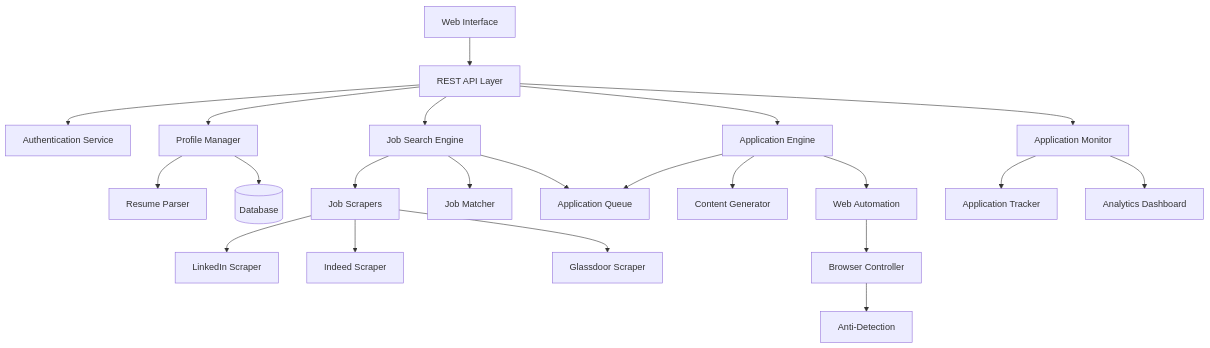
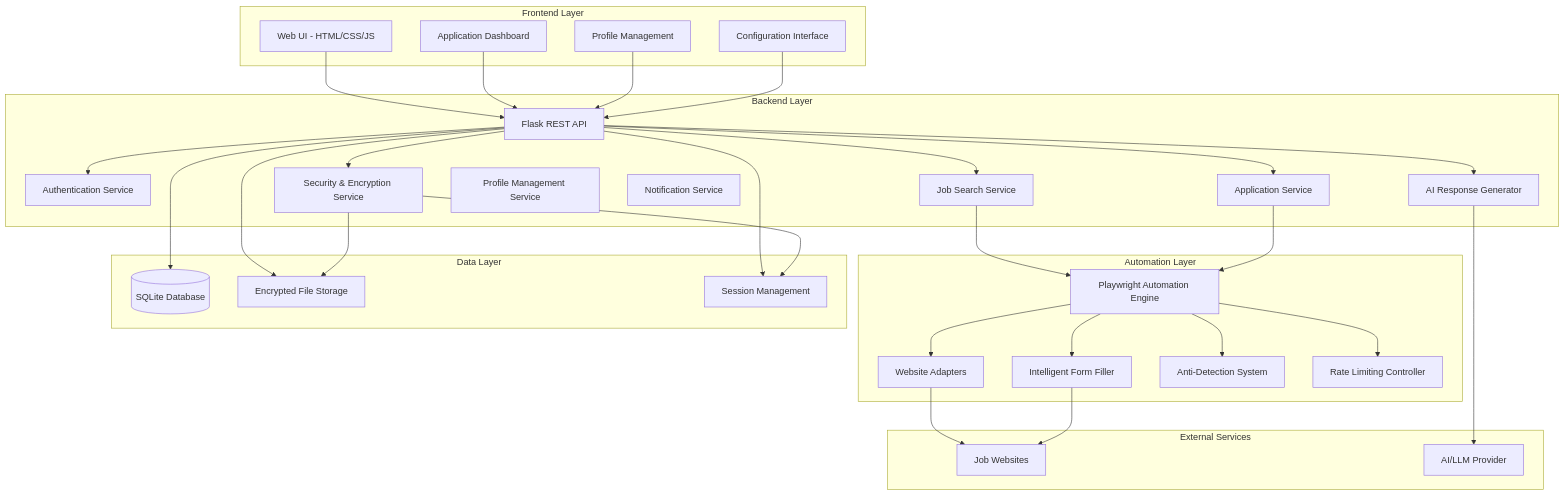
The diagram in .kiro/specs/job-application-agent/design.md (sumanth-web-dev/projects), drawn with Mermaid before and after one commit. The commit also changed other lines of this file and 1799 other files, not shown here.

````diff
--- a/.kiro/specs/job-application-agent/design.md
+++ b/.kiro/specs/job-application-agent/design.md
@@ -11,30 +11,69 @@
 ```mermaid
 graph TB
-    UI[Web Interface] --> API[REST API Layer]
-    API --> Auth[Authentication Service]
-    API --> Profile[Profile Manager]
-    API --> JobEngine[Job Search Engine]
-    API --> AppEngine[Application Engine]
-    API --> Monitor[Application Monitor]
+    subgraph "Frontend Layer"
+        UI[Web UI - HTML/CSS/JS]
+        Dashboard[Application Dashboard]
+        Profile[Profile Management]
+        Config[Configuration Interface]
+    end
     
-    Profile --> ResumeParser[Resume Parser]
-    Profile --> DB[(Database)]
+    subgraph "Backend Layer"
+        API[Flask REST API]
+        Auth[Authentication Service]
+        JobService[Job Search Service]
+        AppService[Application Service]
+        AIService[AI Response Generator]
+        ProfileService[Profile Management Service]
+        NotificationService[Notification Service]
+        SecurityService[Security & Encryption Service]
+    end
     
-    JobEngine --> Scrapers[Job Scrapers]
-    JobEngine --> Matcher[Job Matcher]
-    JobEngine --> Queue[Application Queue]
+    subgraph "Automation Layer"
+        PlaywrightEngine[Playwright Automation Engine]
+        SiteAdapters[Website Adapters]
+        FormFiller[Intelligent Form Filler]
+        AntiDetection[Anti-Detection System]
+        RateLimiter[Rate Limiting Controller]
+    end
     
-    AppEngine --> Generator[Content Generator]
-    AppEngine --> WebAuto[Web Automation]
-    AppEngine --> Queue
+    subgraph "Data Layer"
+        DB[(SQLite Database)]
+        FileStorage[Encrypted File Storage]
+        SessionStore[Session Management]
+    end
     
-    Scrapers --> LinkedIn[LinkedIn Scraper]
-    Scrapers --> Indeed[Indeed Scraper]
-    Scrapers --> Glassdoor[Glassdoor Scraper]
+    subgraph "External Services"
+        JobSites[Job Websites]
+        AIProvider[AI/LLM Provider]
+    end
     
-    WebAuto --> Browser[Browser Controller]
-    Browser --> Stealth[Anti-Detection]
+    UI --> API
+    Dashboard --> API
+    Profile --> API
+    Config --> API
     
-    Monitor --> Tracker[Application Tracker]
-    Monitor --> Dashboard[Analytics Dashboard]
+    API --> Auth
+    API --> JobService
+    API --> AppService
+    API --> AIService
+    API --> SecurityService
+    
+    JobService --> PlaywrightEngine
+    AppService --> PlaywrightEngine
+    AIService --> AIProvider
+    
+    PlaywrightEngine --> SiteAdapters
+    PlaywrightEngine --> FormFiller
+    PlaywrightEngine --> AntiDetection
+    PlaywrightEngine --> RateLimiter
+    
+    SiteAdapters --> JobSites
+    FormFiller --> JobSites
+    
+    API --> DB
+    API --> FileStorage
+    API --> SessionStore
+    
+    SecurityService --> FileStorage
+    SecurityService --> SessionStore
 ```
````
